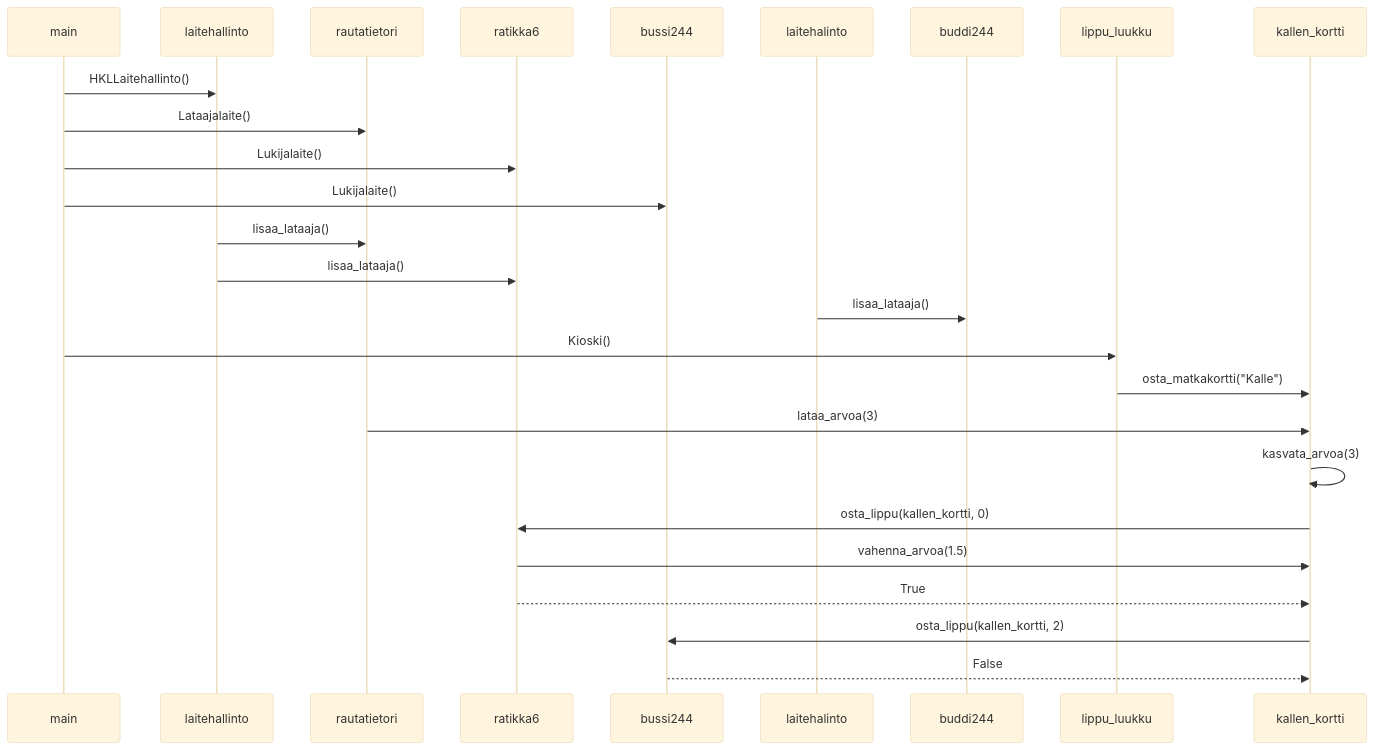
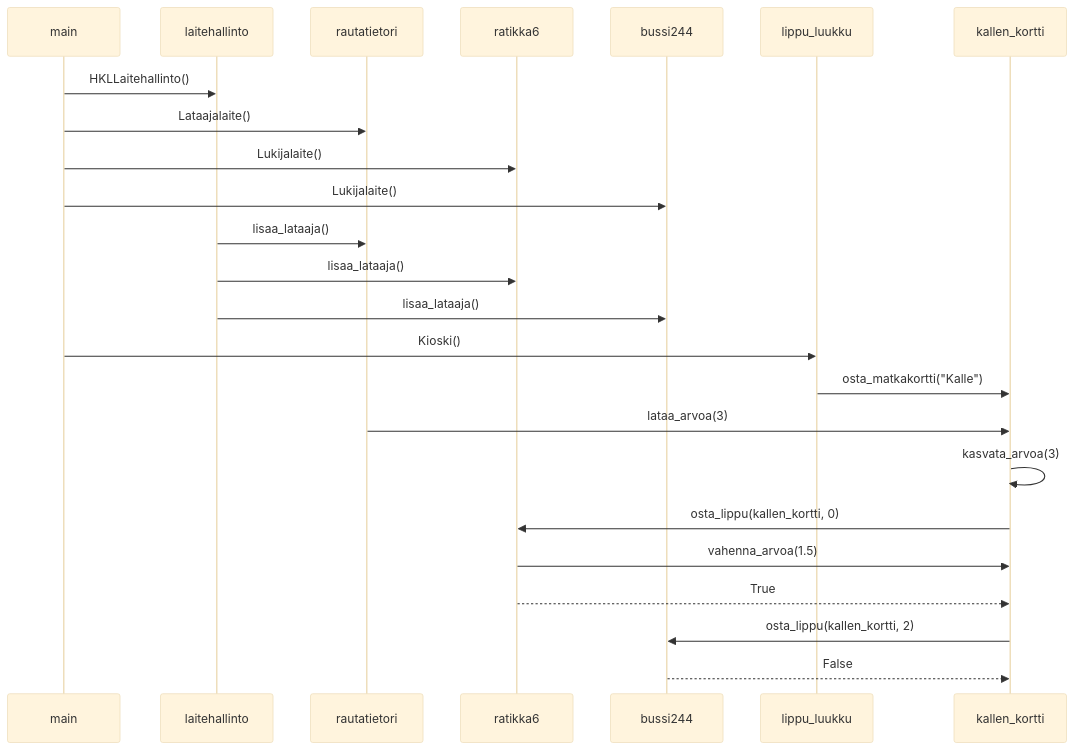
Before and after one commit to Heljae/ot-harjoitustyo: the diagram in laskarit/viikko3/matkakortti_kaavio.md, drawn with Mermaid (base theme).

````diff
--- a/laskarit/viikko3/matkakortti_kaavio.md
+++ b/laskarit/viikko3/matkakortti_kaavio.md
@@ -3,19 +3,19 @@
 ```mermaid
 sequenceDiagram
     main->>laitehallinto: HKLLaitehallinto()
     main->>rautatietori: Lataajalaite()
     main->>ratikka6: Lukijalaite()
     main->>bussi244: Lukijalaite()
     laitehallinto->>rautatietori: lisaa_lataaja()
     laitehallinto->>ratikka6: lisaa_lataaja()
-    laitehalinto->> buddi244: lisaa_lataaja()
+    laitehallinto->> bussi244: lisaa_lataaja()
     main->>lippu_luukku: Kioski()
     lippu_luukku->>kallen_kortti: osta_matkakortti("Kalle")
     rautatietori->>kallen_kortti: lataa_arvoa(3)
     kallen_kortti->>kallen_kortti: kasvata_arvoa(3)
     kallen_kortti->>ratikka6: osta_lippu(kallen_kortti, 0)
     ratikka6->>kallen_kortti: vahenna_arvoa(1.5)
     ratikka6-->>kallen_kortti: True
     kallen_kortti->>bussi244: osta_lippu(kallen_kortti, 2)
     bussi244-->>kallen_kortti: False
 ```
````
